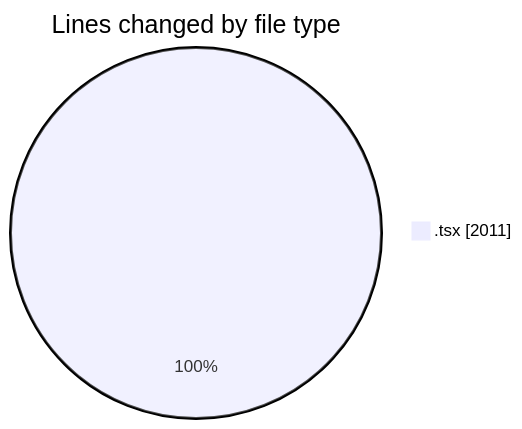
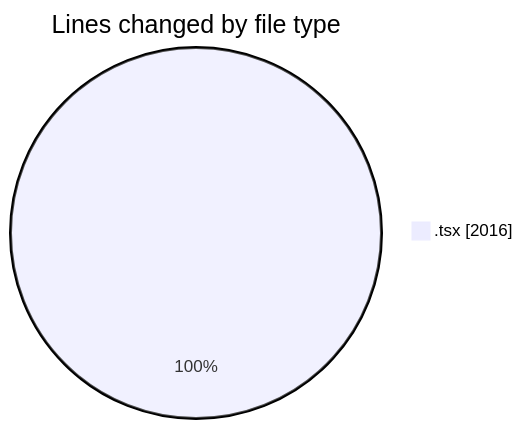
Before and after one commit to nxtqubesakshisongat/code-tracking: the first of 2 diagrams in 2026-03-22/nxtqube_webapp/README.md, drawn with Mermaid. The commit also changed other lines of this file and 1 other file, not shown here.

````diff
--- a/2026-03-22/nxtqube_webapp/README.md
+++ b/2026-03-22/nxtqube_webapp/README.md
@@ -22,5 +22,5 @@
 ```mermaid
 pie showData
 title Lines changed by file type
-".tsx" : 2011
+".tsx" : 2016
 ```
````
